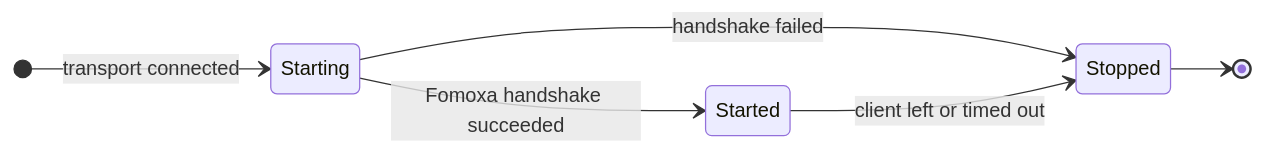
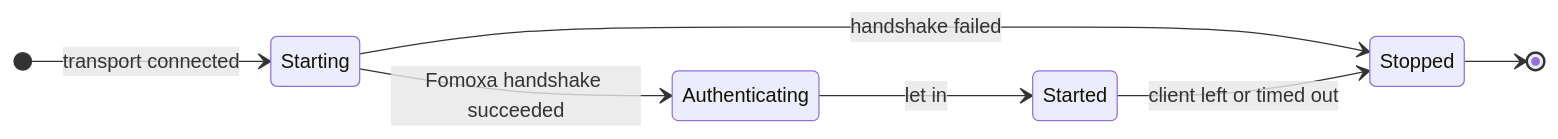
Before and after one commit to fomoxa/unity-docs: the first of 2 diagrams in getting-started/tutorial/server.md, drawn with Mermaid. The commit also changed other lines of this file and 33 other files, not shown here.

````diff
--- a/getting-started/tutorial/server.md
+++ b/getting-started/tutorial/server.md
@@ -121,9 +121,10 @@
 ```mermaid
 stateDiagram-v2
     direction LR
     [*] --> Starting: transport connected
-    Starting --> Started: Fomoxa handshake succeeded
+    Starting --> Authenticating: Fomoxa handshake succeeded
+    Authenticating --> Started: let in
     Starting --> Stopped: handshake failed
     Started --> Stopped: client left or timed out
     Stopped --> [*]
 ```
````
